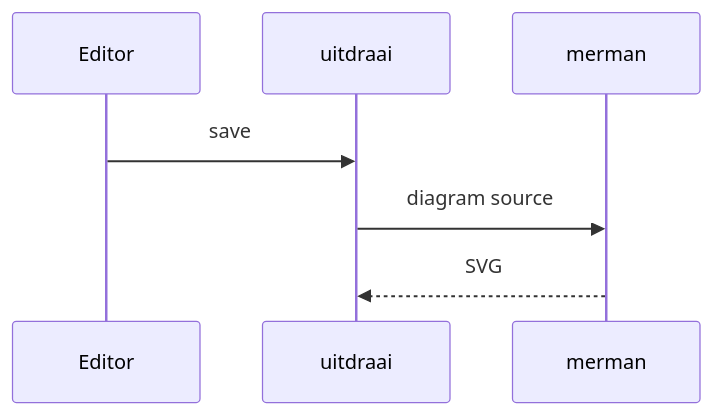
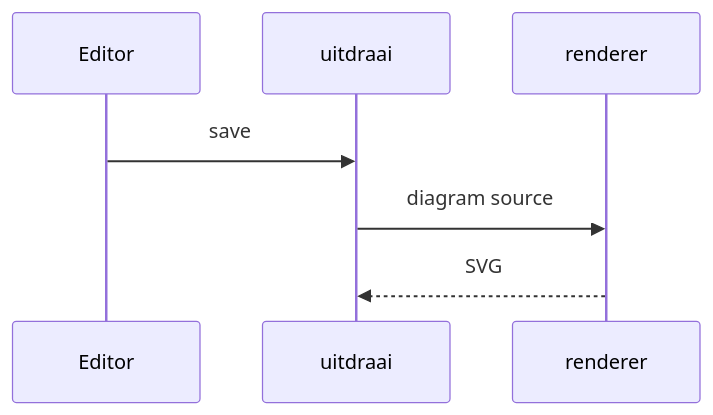
One commit to kjvdven/uitdraai changed the second of 3 diagrams in tests/fixtures/mermaid.md. Above: the diagram before and after it, drawn with Mermaid. The commit also changed 8 other files, not shown here.

First line of the commit message:
feat: render Mermaid diagrams with bezel-mermaid instead of merman

````diff
--- a/tests/fixtures/mermaid.md
+++ b/tests/fixtures/mermaid.md
@@ -10,6 +10,6 @@
 ```mermaid
 sequenceDiagram
     Editor->>uitdraai: save
-    uitdraai->>merman: diagram source
-    merman-->>uitdraai: SVG
+    uitdraai->>renderer: diagram source
+    renderer-->>uitdraai: SVG
 ```
````
